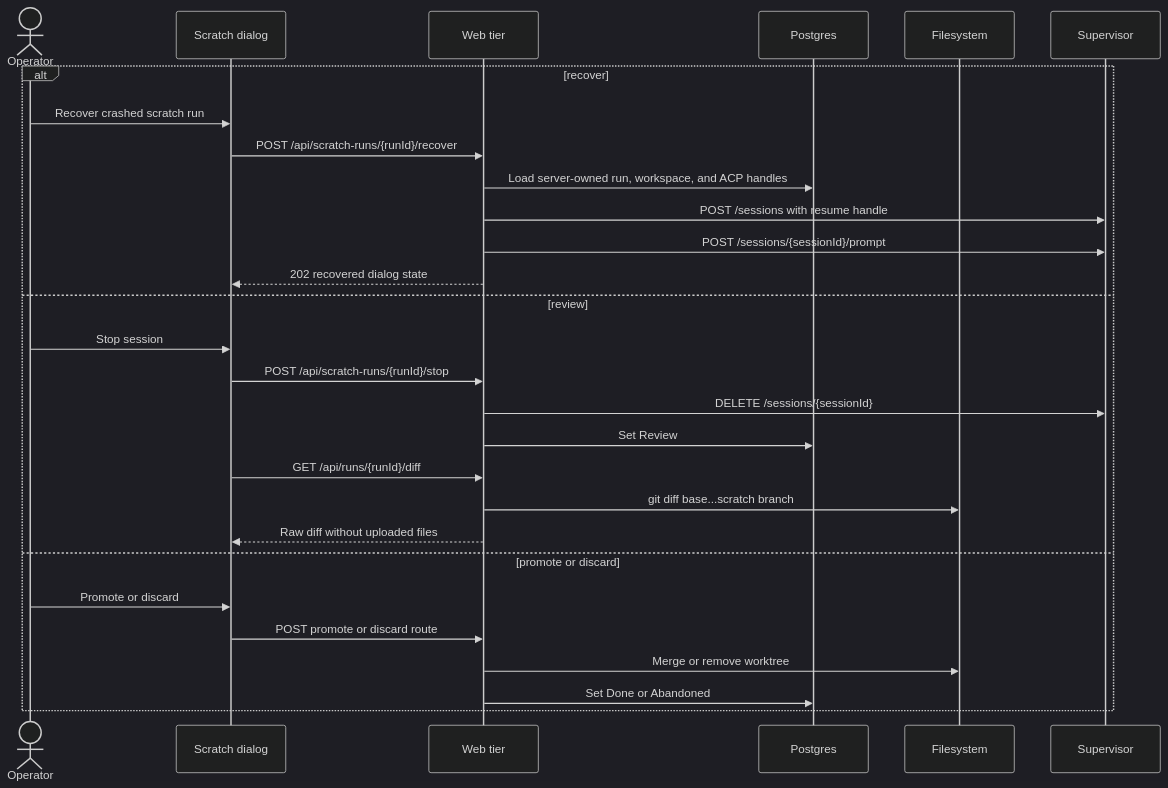
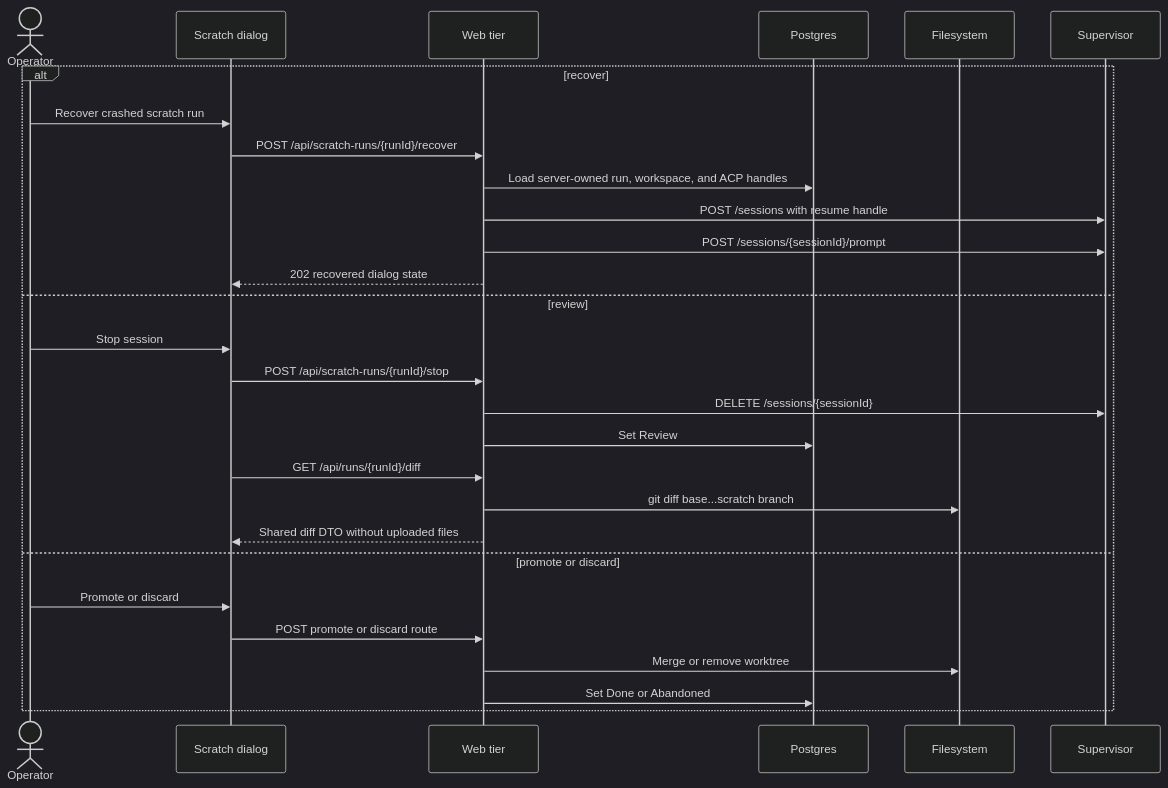
One commit to maister-dev/maister changed the fifth of 5 diagrams in docs/system-analytics/scratch-runs.md. Above: the diagram before and after it, drawn with Mermaid (dark theme). The commit also changed other lines of this file and 60 other files, not shown here.

````diff
--- a/docs/system-analytics/scratch-runs.md
+++ b/docs/system-analytics/scratch-runs.md
@@ -213,31 +230,31 @@
 ```mermaid
 sequenceDiagram
     actor U as Operator
     participant UI as Scratch dialog
     participant W as Web tier
     participant DB as Postgres
     participant FS as Filesystem
     participant SV as Supervisor
 
     alt recover
         U->>UI: Recover crashed scratch run
         UI->>W: POST /api/scratch-runs/{runId}/recover
         W->>DB: Load server-owned run, workspace, and ACP handles
         W->>SV: POST /sessions with resume handle
         W->>SV: POST /sessions/{sessionId}/prompt
         W-->>UI: 202 recovered dialog state
     else review
         U->>UI: Stop session
         UI->>W: POST /api/scratch-runs/{runId}/stop
         W->>SV: DELETE /sessions/{sessionId}
         W->>DB: Set Review
         UI->>W: GET /api/runs/{runId}/diff
         W->>FS: git diff base...scratch branch
-        W-->>UI: Raw diff without uploaded files
+        W-->>UI: Shared diff DTO without uploaded files
     else promote or discard
         U->>UI: Promote or discard
         UI->>W: POST promote or discard route
         W->>FS: Merge or remove worktree
         W->>DB: Set Done or Abandoned
     end
 ```
````
